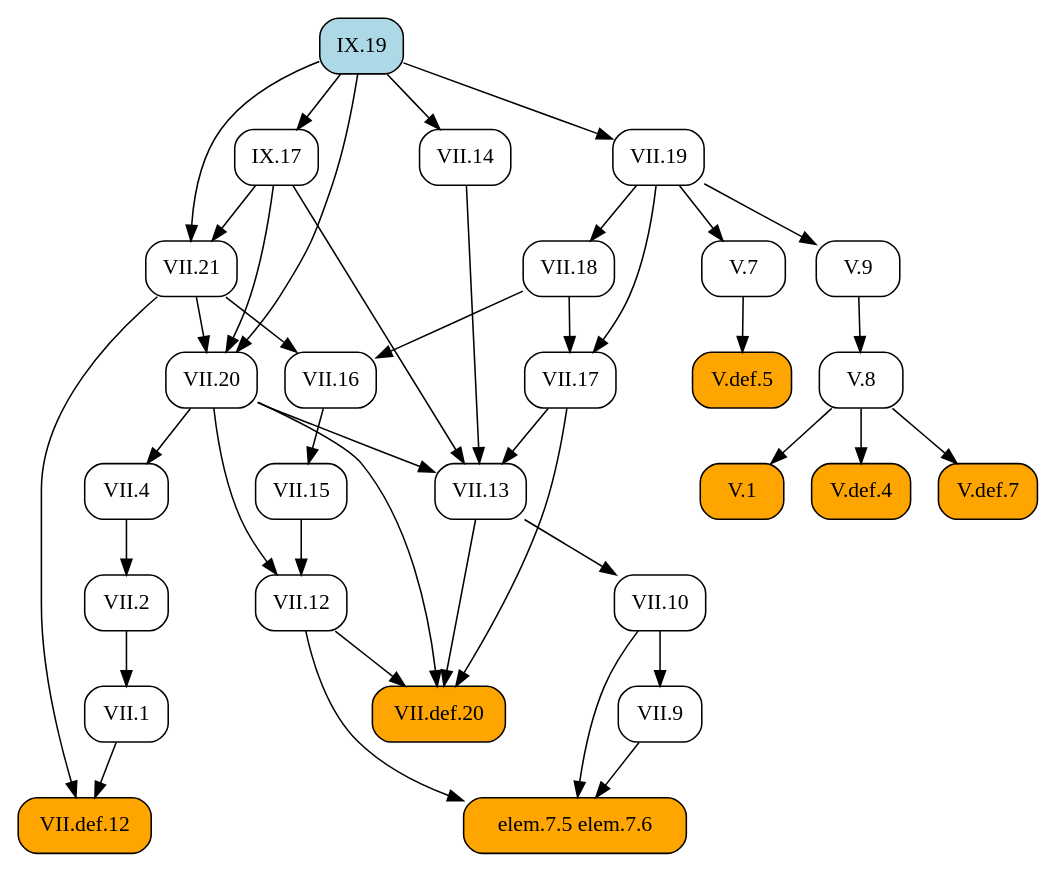
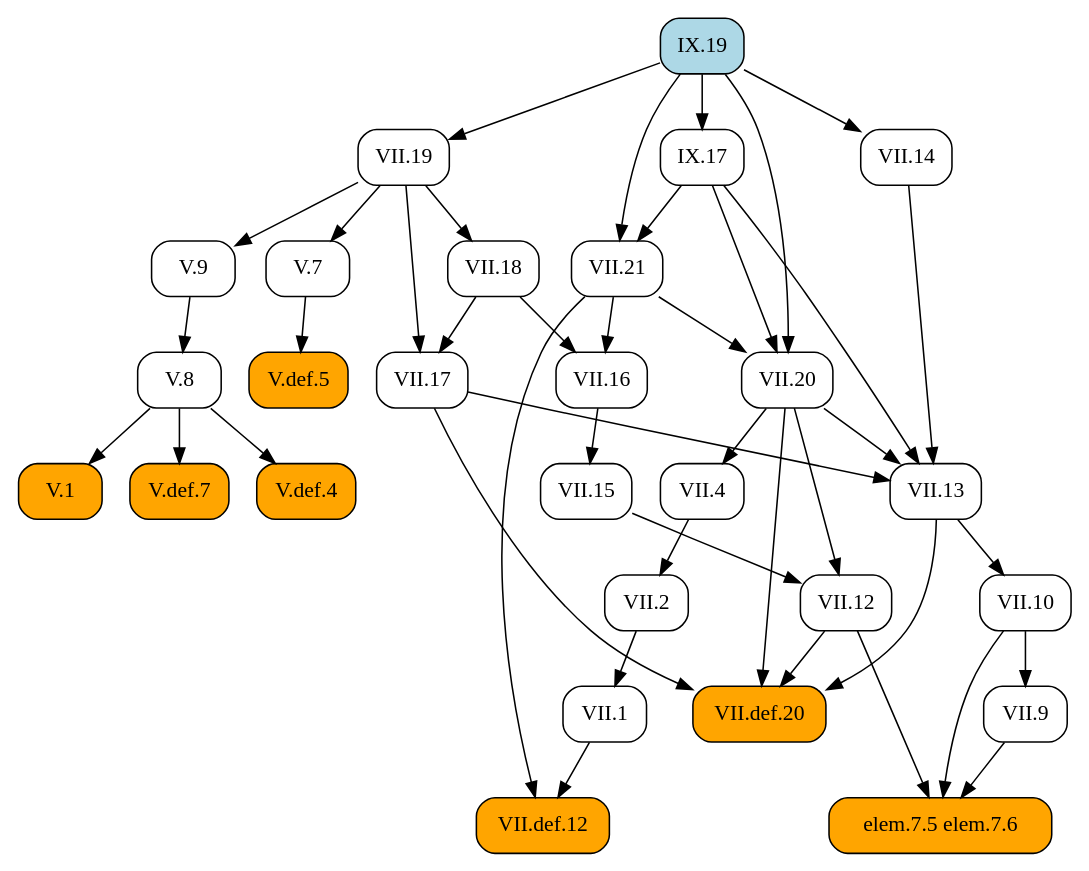
One commit to geometor/elements changed the diagram in docsrc/heath/IX/19/index.rst. Above: the diagram before and after it, drawn with Graphviz. The commit also changed other lines of this file and 484 other files, not shown here.

```diff
--- a/docsrc/heath/IX/19/index.rst
+++ b/docsrc/heath/IX/19/index.rst
@@ -78,74 +78,74 @@
 .. graphviz::
 
    digraph {
      rankdir="TB";
      node [shape=box, style=rounded];
-     "VII.def.12" [style="rounded,filled", fillcolor=orange, URL="/heath/VII/def.12/", target="_top"];
-     "V.8" [URL="/heath/V/8/", target="_top"];
+     "VII.12" [URL="/heath/VII/12/", target="_top"];
+     "elem.7.5 elem.7.6" [style="rounded,filled", fillcolor=orange];
+     "V.def.7" [style="rounded,filled", fillcolor=orange, URL="/heath/V/def.7/", target="_top"];
+     "VII.9" [URL="/heath/VII/9/", target="_top"];
+     "VII.14" [URL="/heath/VII/14/", target="_top"];
+     "VII.18" [URL="/heath/VII/18/", target="_top"];
+     "VII.16" [URL="/heath/VII/16/", target="_top"];
+     "V.7" [URL="/heath/V/7/", target="_top"];
+     "VII.21" [URL="/heath/VII/21/", target="_top"];
+     "V.def.5" [style="rounded,filled", fillcolor=orange, URL="/heath/V/def.5/", target="_top"];
+     "V.def.4" [style="rounded,filled", fillcolor=orange, URL="/heath/V/def.4/", target="_top"];
+     "V.9" [URL="/heath/V/9/", target="_top"];
      "VII.1" [URL="/heath/VII/1/", target="_top"];
      "VII.10" [URL="/heath/VII/10/", target="_top"];
-     "VII.9" [URL="/heath/VII/9/", target="_top"];
-     "V.def.5" [style="rounded,filled", fillcolor=orange, URL="/heath/V/def.5/", target="_top"];
+     "V.8" [URL="/heath/V/8/", target="_top"];
+     "VII.13" [URL="/heath/VII/13/", target="_top"];
+     "VII.4" [URL="/heath/VII/4/", target="_top"];
+     "VII.def.12" [style="rounded,filled", fillcolor=orange, URL="/heath/VII/def.12/", target="_top"];
+     "VII.20" [URL="/heath/VII/20/", target="_top"];
+     "V.1" [style="rounded,filled", fillcolor=orange, URL="/heath/V/1/", target="_top"];
+     "IX.19" [style="rounded,filled", fillcolor=lightblue, URL="/heath/IX/19/", target="_top"];
+     "IX.17" [URL="/heath/IX/17/", target="_top"];
+     "VII.17" [URL="/heath/VII/17/", target="_top"];
      "VII.19" [URL="/heath/VII/19/", target="_top"];
-     "VII.18" [URL="/heath/VII/18/", target="_top"];
-     "VII.16" [URL="/heath/VII/16/", target="_top"];
-     "VII.4" [URL="/heath/VII/4/", target="_top"];
-     "VII.21" [URL="/heath/VII/21/", target="_top"];
-     "V.1" [style="rounded,filled", fillcolor=orange, URL="/heath/V/1/", target="_top"];
-     "VII.17" [URL="/heath/VII/17/", target="_top"];
-     "IX.17" [URL="/heath/IX/17/", target="_top"];
-     "elem.7.5 elem.7.6" [style="rounded,filled", fillcolor=orange];
-     "VII.20" [URL="/heath/VII/20/", target="_top"];
-     "IX.19" [style="rounded,filled", fillcolor=lightblue, URL="/heath/IX/19/", target="_top"];
-     "VII.14" [URL="/heath/VII/14/", target="_top"];
-     "V.7" [URL="/heath/V/7/", target="_top"];
-     "V.9" [URL="/heath/V/9/", target="_top"];
-     "V.def.4" [style="rounded,filled", fillcolor=orange, URL="/heath/V/def.4/", target="_top"];
-     "VII.13" [URL="/heath/VII/13/", target="_top"];
      "VII.2" [URL="/heath/VII/2/", target="_top"];
-     "V.def.7" [style="rounded,filled", fillcolor=orange, URL="/heath/V/def.7/", target="_top"];
-     "VII.12" [URL="/heath/VII/12/", target="_top"];
+     "VII.def.20" [style="rounded,filled", fillcolor=orange, URL="/heath/VII/def.20/", target="_top"];
      "VII.15" [URL="/heath/VII/15/", target="_top"];
-     "VII.def.20" [style="rounded,filled", fillcolor=orange, URL="/heath/VII/def.20/", target="_top"];
-     "VII.1" -> "VII.def.12";
-     "VII.21" -> "VII.def.12";
-     "V.9" -> "V.8";
-     "VII.2" -> "VII.1";
-     "VII.13" -> "VII.10";
+     "VII.15" -> "VII.12";
+     "VII.20" -> "VII.12";
+     "VII.9" -> "elem.7.5 elem.7.6";
+     "VII.10" -> "elem.7.5 elem.7.6";
+     "VII.12" -> "elem.7.5 elem.7.6";
+     "V.8" -> "V.def.7";
      "VII.10" -> "VII.9";
-     "V.7" -> "V.def.5";
-     "IX.19" -> "VII.19";
+     "IX.19" -> "VII.14";
      "VII.19" -> "VII.18";
      "VII.18" -> "VII.16";
      "VII.21" -> "VII.16";
-     "VII.20" -> "VII.4";
+     "VII.19" -> "V.7";
      "IX.17" -> "VII.21";
      "IX.19" -> "VII.21";
-     "V.8" -> "V.1";
-     "VII.18" -> "VII.17";
-     "VII.19" -> "VII.17";
-     "IX.19" -> "IX.17";
-     "VII.9" -> "elem.7.5 elem.7.6";
-     "VII.10" -> "elem.7.5 elem.7.6";
-     "VII.12" -> "elem.7.5 elem.7.6";
-     "VII.21" -> "VII.20";
-     "IX.17" -> "VII.20";
-     "IX.19" -> "VII.20";
-     "IX.19" -> "VII.14";
-     "VII.19" -> "V.7";
+     "V.7" -> "V.def.5";
+     "V.8" -> "V.def.4";
      "VII.19" -> "V.9";
-     "V.8" -> "V.def.4";
+     "VII.2" -> "VII.1";
+     "VII.13" -> "VII.10";
+     "V.9" -> "V.8";
      "VII.14" -> "VII.13";
      "VII.17" -> "VII.13";
      "VII.20" -> "VII.13";
      "IX.17" -> "VII.13";
+     "VII.20" -> "VII.4";
+     "VII.1" -> "VII.def.12";
+     "VII.21" -> "VII.def.12";
+     "VII.21" -> "VII.20";
+     "IX.17" -> "VII.20";
+     "IX.19" -> "VII.20";
+     "V.8" -> "V.1";
+     "IX.19" -> "IX.17";
+     "VII.18" -> "VII.17";
+     "VII.19" -> "VII.17";
+     "IX.19" -> "VII.19";
      "VII.4" -> "VII.2";
-     "V.8" -> "V.def.7";
-     "VII.15" -> "VII.12";
-     "VII.20" -> "VII.12";
-     "VII.16" -> "VII.15";
      "VII.12" -> "VII.def.20";
      "VII.13" -> "VII.def.20";
      "VII.17" -> "VII.def.20";
      "VII.20" -> "VII.def.20";
+     "VII.16" -> "VII.15";
    }
```
